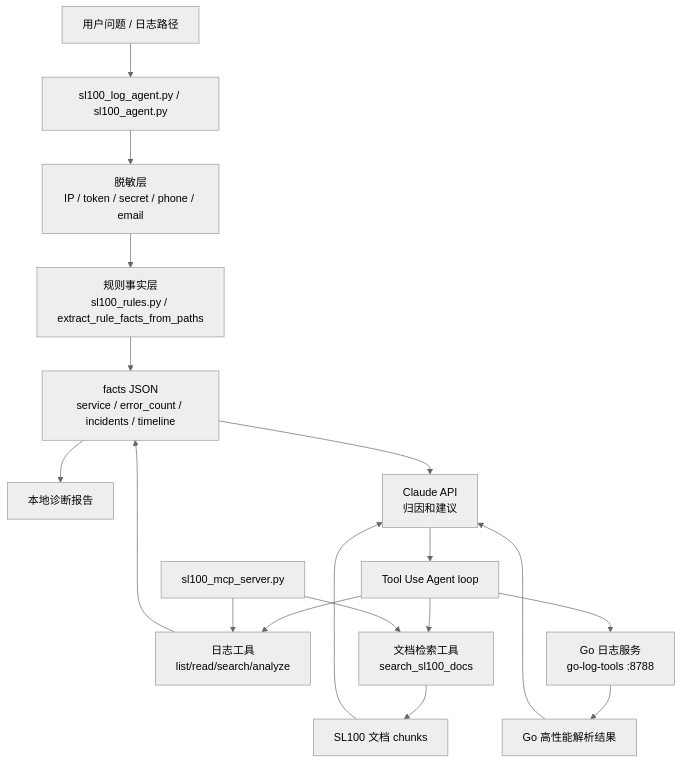
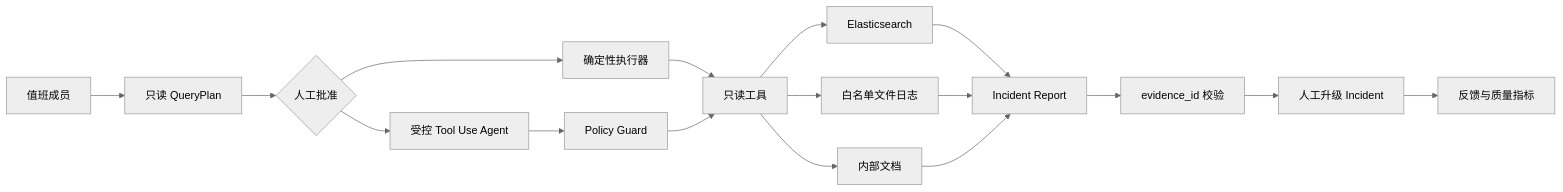
Before and after one commit to CodeJF/code-reviewer: the diagram in docs/sl100-ops-agent-case-study.md, drawn with Mermaid (neutral theme). The commit also changed other lines of this file and 141 other files, not shown here.

````diff
--- a/docs/sl100-ops-agent-case-study.md
+++ b/docs/sl100-ops-agent-case-study.md
@@ -26,23 +33,19 @@
 ```mermaid
-flowchart TD
-    User["用户问题 / 日志路径"] --> CLI["sl100_log_agent.py / sl100_agent.py"]
-    CLI --> Redact["脱敏层<br/>IP / token / secret / phone / email"]
-    Redact --> Rules["规则事实层<br/>sl100_rules.py / extract_rule_facts_from_paths"]
-    Rules --> Facts["facts JSON<br/>service / error_count / incidents / timeline"]
-    Facts --> LocalReport["本地诊断报告"]
-    Facts --> Claude["Claude API<br/>归因和建议"]
-
-    Claude --> ToolLoop["Tool Use Agent loop"]
-    ToolLoop --> LogTools["日志工具<br/>list/read/search/analyze"]
-    ToolLoop --> DocsTool["文档检索工具<br/>search_sl100_docs"]
-    ToolLoop --> GoTool["Go 日志服务<br/>go-log-tools :8788"]
-
-    DocsTool --> RAG["SL100 文档 chunks"]
-    GoTool --> GoFacts["Go 高性能解析结果"]
-    LogTools --> Facts
-    RAG --> Claude
-    GoFacts --> Claude
-
-    MCP["sl100_mcp_server.py"] --> LogTools
-    MCP --> DocsTool
+flowchart LR
+    User["值班成员"] --> Plan["只读 QueryPlan"]
+    Plan --> Gate{"人工批准"}
+    Gate --> Rules["确定性执行器"]
+    Gate --> Agent["受控 Tool Use Agent"]
+    Agent --> Policy["Policy Guard"]
+    Rules --> Tools["只读工具"]
+    Policy --> Tools
+    Tools --> ES["Elasticsearch"]
+    Tools --> Files["白名单文件日志"]
+    Tools --> Docs["内部文档"]
+    ES --> Report["Incident Report"]
+    Files --> Report
+    Docs --> Report
+    Report --> Evidence["evidence_id 校验"]
+    Evidence --> Human["人工升级 Incident"]
+    Human --> Feedback["反馈与质量指标"]
 ```
````
